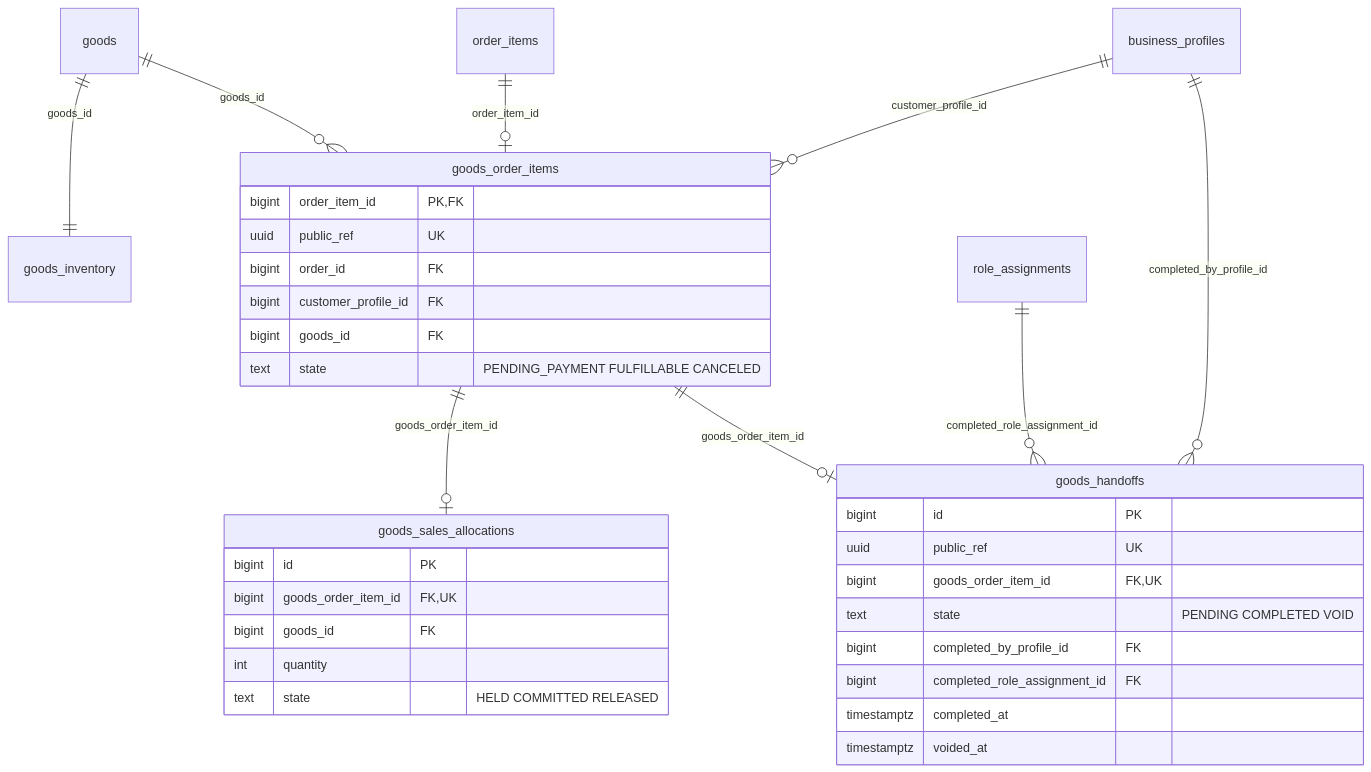
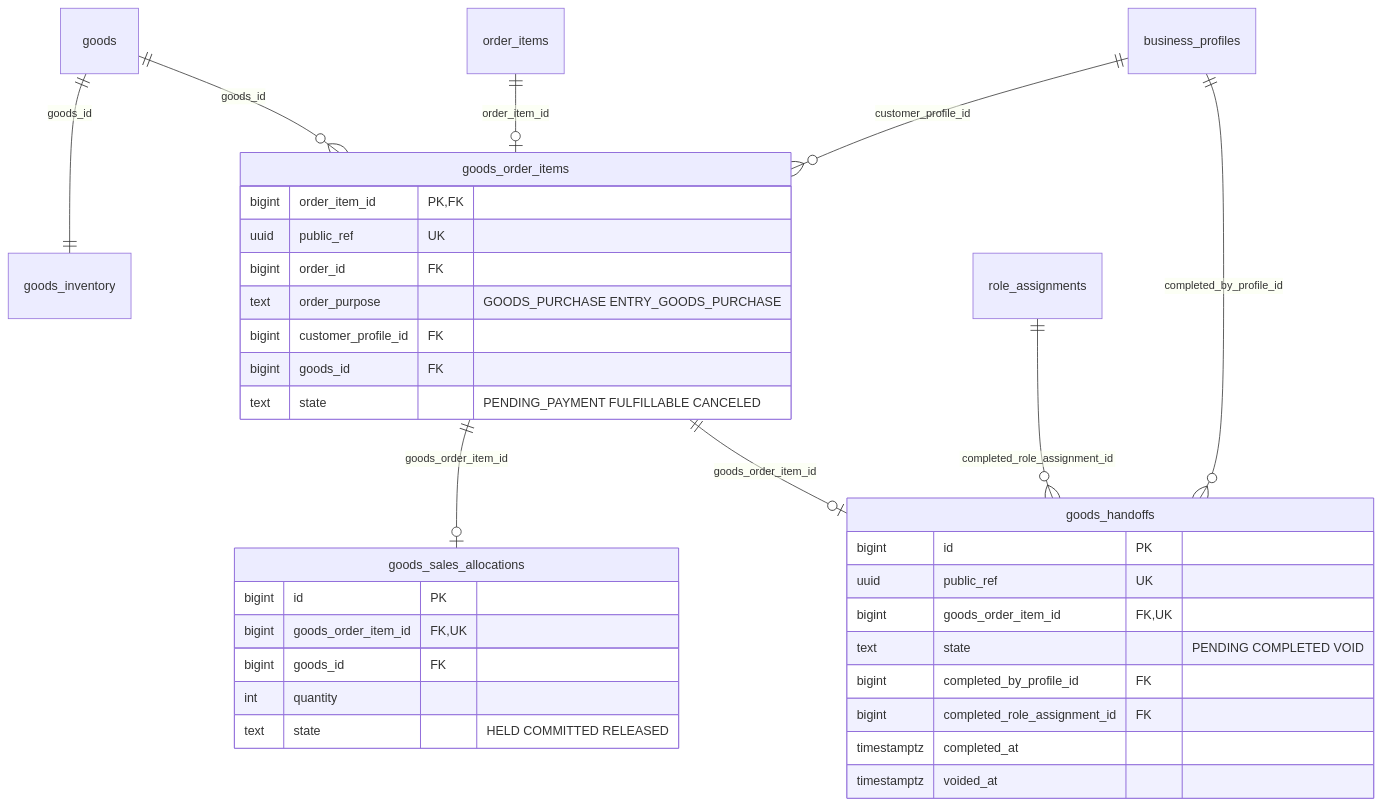
The tenth of 11 diagrams in docs/drafts/er-diagram.md (HayatoFukami/off-r39x), drawn with Mermaid before and after one commit. The commit also changed other lines of this file and 4 other files, not shown here.

````diff
--- a/docs/drafts/er-diagram.md
+++ b/docs/drafts/er-diagram.md
@@ -670,37 +692,38 @@
 ```mermaid
 erDiagram
     goods ||--|| goods_inventory : "goods_id"
     order_items ||--o| goods_order_items : "order_item_id"
     goods ||--o{ goods_order_items : "goods_id"
     business_profiles ||--o{ goods_order_items : "customer_profile_id"
     goods_order_items ||--o| goods_sales_allocations : "goods_order_item_id"
     goods_order_items ||--o| goods_handoffs : "goods_order_item_id"
     business_profiles ||--o{ goods_handoffs : "completed_by_profile_id"
     role_assignments ||--o{ goods_handoffs : "completed_role_assignment_id"
 
     goods_order_items {
         bigint order_item_id PK, FK
         uuid public_ref UK
         bigint order_id FK
+        text order_purpose "GOODS_PURCHASE ENTRY_GOODS_PURCHASE"
         bigint customer_profile_id FK
         bigint goods_id FK
         text state "PENDING_PAYMENT FULFILLABLE CANCELED"
     }
     goods_sales_allocations {
         bigint id PK
         bigint goods_order_item_id FK, UK
         bigint goods_id FK
         int quantity
         text state "HELD COMMITTED RELEASED"
     }
     goods_handoffs {
         bigint id PK
         uuid public_ref UK
         bigint goods_order_item_id FK, UK
         text state "PENDING COMPLETED VOID"
         bigint completed_by_profile_id FK
         bigint completed_role_assignment_id FK
         timestamptz completed_at
         timestamptz voided_at
     }
 ```
````
